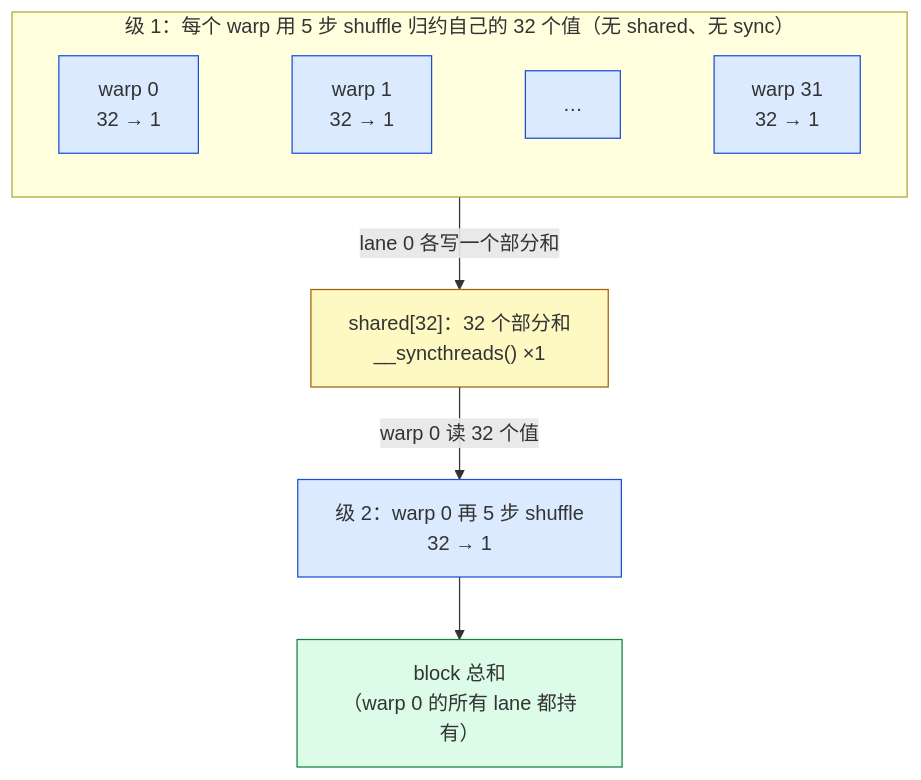
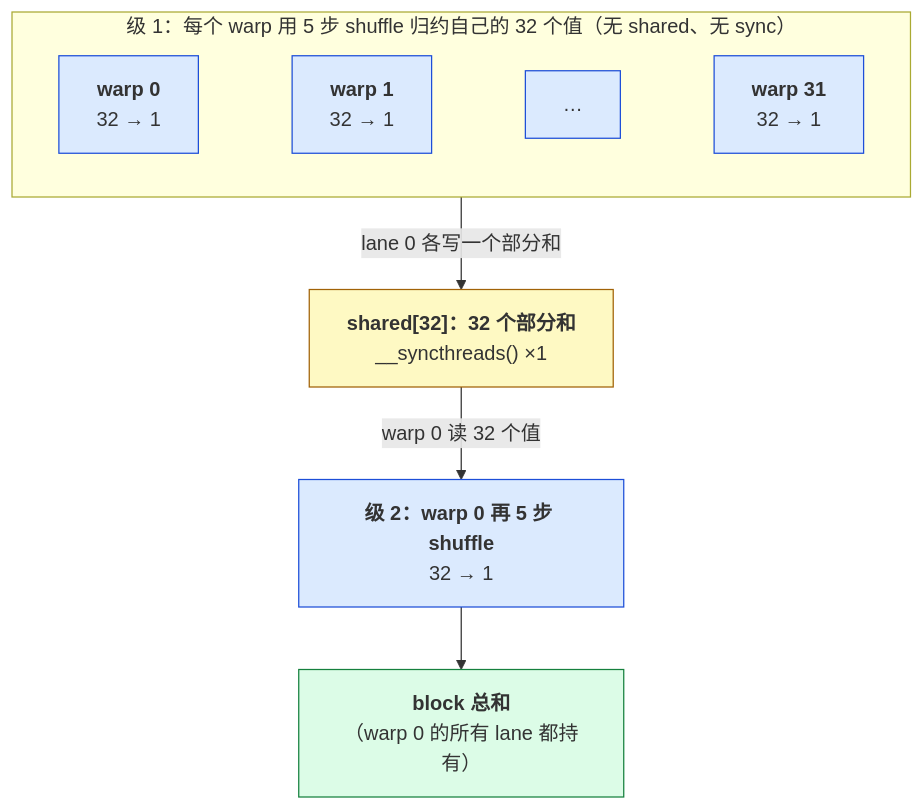
The first of 3 diagrams in _posts/2026-05-14-shared-memory-reduction-and-softmax.md (arganzheng/arganzheng.github.com), drawn with Mermaid before and after one commit. The commit also changed other lines of this file and 10 other files, not shown here.

First line of the commit message:
GPU Kernel 工程：从 CUDA 执行模型到 FlashAttention：Mermaid 多行方框的首行标为标题（11 篇）

````diff
--- a/_posts/2026-05-14-shared-memory-reduction-and-softmax.md
+++ b/_posts/2026-05-14-shared-memory-reduction-and-softmax.md
@@ -398,14 +398,14 @@
 ```mermaid
 %% 图：两级 shuffle 归约：每个 warp 先 5 步 shuffle 归约到 1，32 个部分和经 shared 再由 warp 0 归约
 flowchart TB
     classDef w fill:#dbeafe,stroke:#1d4ed8
     classDef sh fill:#fef9c3,stroke:#a16207
     classDef r fill:#dcfce7,stroke:#15803d
     subgraph L1["级 1：每个 warp 用 5 步 shuffle 归约自己的 32 个值（无 shared、无 sync）"]
         direction LR
-        W0["warp 0<br/>32 → 1"]:::w ~~~ W1["warp 1<br/>32 → 1"]:::w ~~~ Wd["…"]:::w ~~~ W31["warp 31<br/>32 → 1"]:::w
+        W0["<b>warp 0</b><br/>32 → 1"]:::w ~~~ W1["<b>warp 1</b><br/>32 → 1"]:::w ~~~ Wd["…"]:::w ~~~ W31["<b>warp 31</b><br/>32 → 1"]:::w
     end
-    L1 -->|"lane 0 各写一个部分和"| SH["shared[32]：32 个部分和<br/>__syncthreads() ×1"]:::sh
-    SH -->|"warp 0 读 32 个值"| L2["级 2：warp 0 再 5 步 shuffle<br/>32 → 1"]:::w
-    L2 --> R["block 总和<br/>（warp 0 的所有 lane 都持有）"]:::r
+    L1 -->|"lane 0 各写一个部分和"| SH["<b>shared[32]：32 个部分和</b><br/>__syncthreads() ×1"]:::sh
+    SH -->|"warp 0 读 32 个值"| L2["<b>级 2：warp 0 再 5 步 shuffle</b><br/>32 → 1"]:::w
+    L2 --> R["<b>block 总和</b><br/>（warp 0 的所有 lane 都持有）"]:::r
 ```
````
